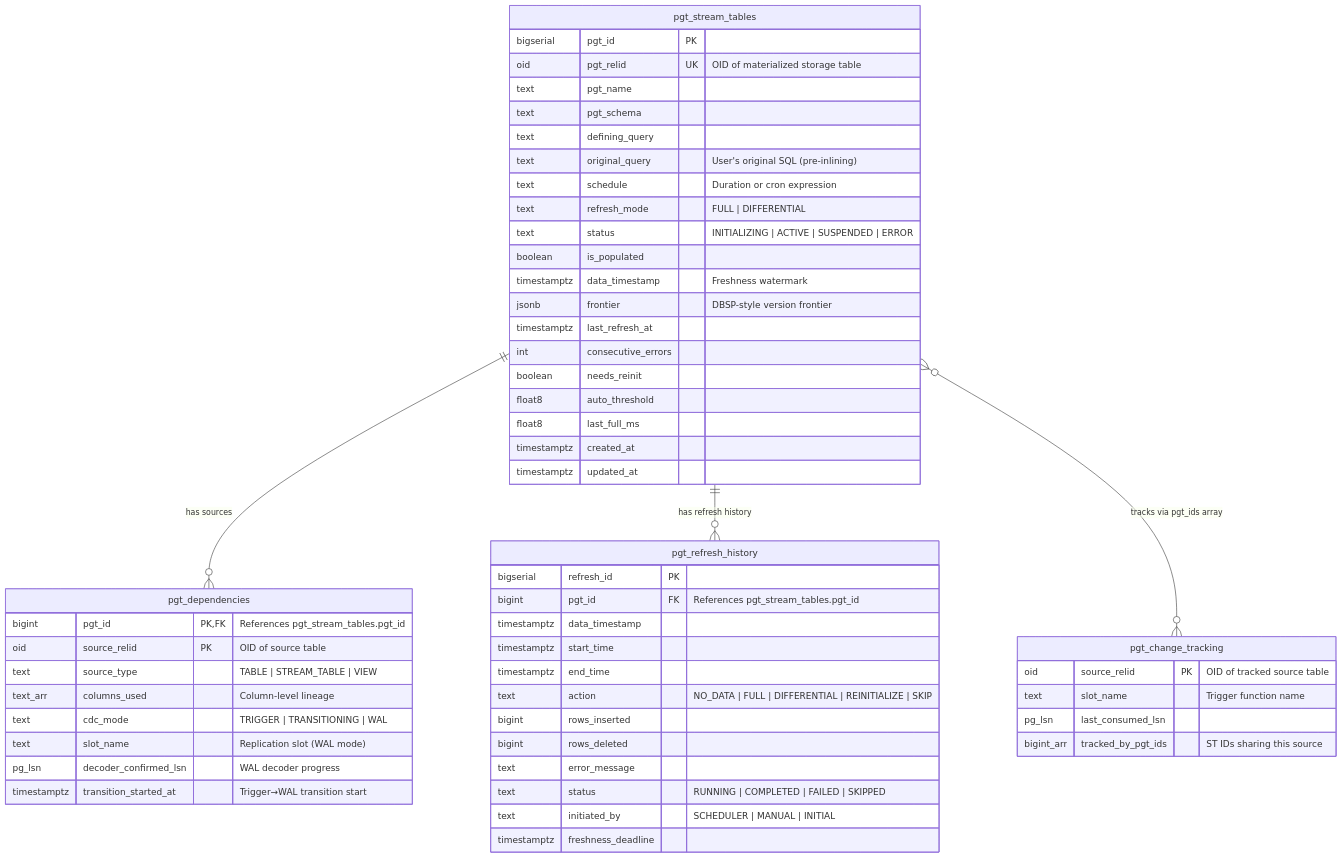
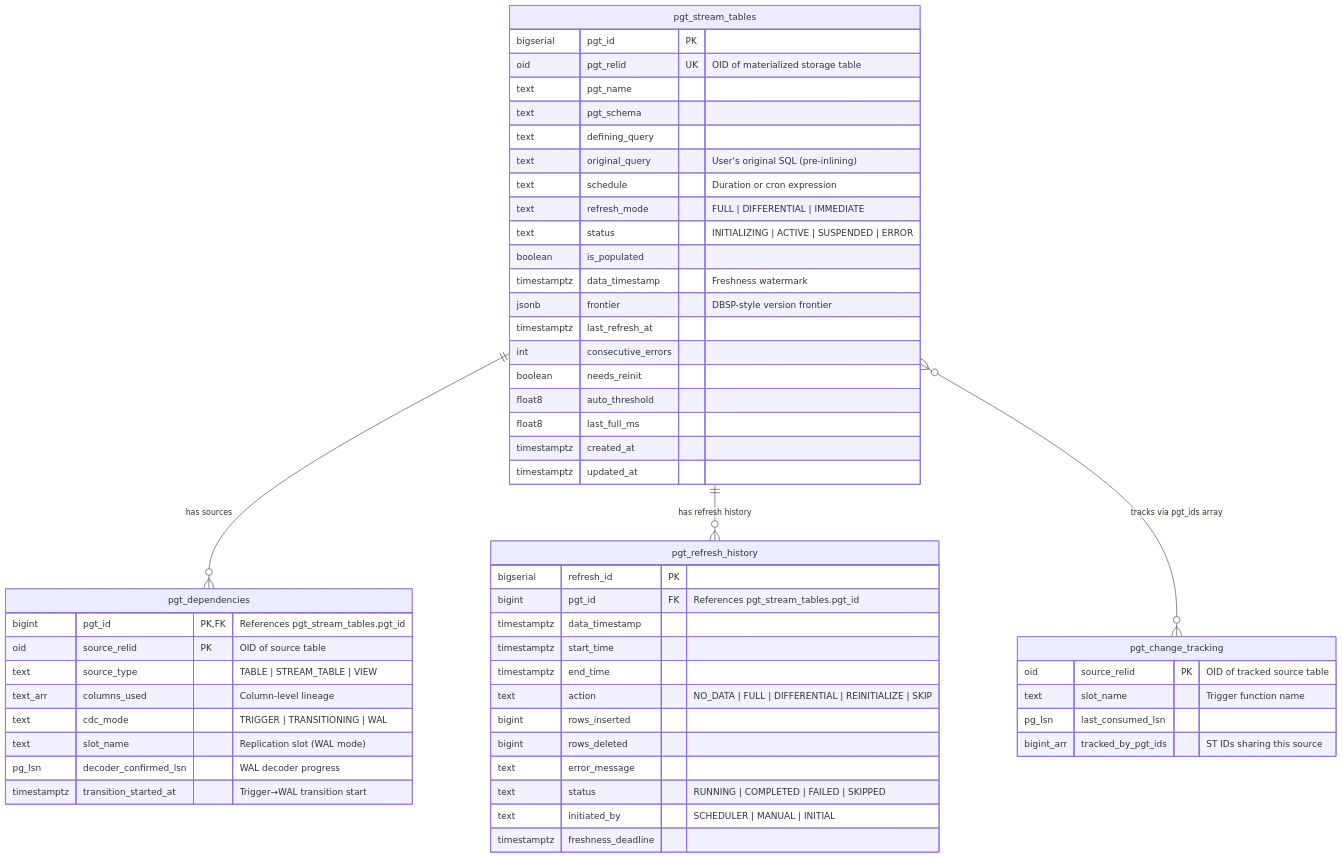
The diagram in docs/ARCHITECTURE.md (grove/pg-trickle), drawn with Mermaid before and after one commit. The commit also changed 2 other files, not shown here.

Commit message:
docs: update README, ROADMAP, and ARCHITECTURE for Transactional IVM completion
- README: add IMMEDIATE mode to Key Features, SQL support table (TopK row),
  usage examples, How It Works section (split into scheduled/transactional),
  architecture diagram, test counts (~992 unit, ~510 E2E), Known Limitations
- ROADMAP: mark v0.2.0 as complete, update timeline diagram, replace
  Phase 1 task estimates with actual completion status (TI1–TI13),
  update exit criteria (all checked), update effort summary and post-1.0 A2
- ARCHITECTURE: add IMMEDIATE to refresh_mode ERD field

````diff
--- a/docs/ARCHITECTURE.md
+++ b/docs/ARCHITECTURE.md
@@ -83,61 +83,61 @@
 ```mermaid
 erDiagram
     pgt_stream_tables {
         bigserial pgt_id PK
         oid pgt_relid UK "OID of materialized storage table"
         text pgt_name
         text pgt_schema
         text defining_query
         text original_query "User's original SQL (pre-inlining)"
         text schedule "Duration or cron expression"
-        text refresh_mode "FULL | DIFFERENTIAL"
+        text refresh_mode "FULL | DIFFERENTIAL | IMMEDIATE"
         text status "INITIALIZING | ACTIVE | SUSPENDED | ERROR"
         boolean is_populated
         timestamptz data_timestamp "Freshness watermark"
         jsonb frontier "DBSP-style version frontier"
         timestamptz last_refresh_at
         int consecutive_errors
         boolean needs_reinit
         float8 auto_threshold
         float8 last_full_ms
         timestamptz created_at
         timestamptz updated_at
     }
 
     pgt_dependencies {
         bigint pgt_id PK,FK "References pgt_stream_tables.pgt_id"
         oid source_relid PK "OID of source table"
         text source_type "TABLE | STREAM_TABLE | VIEW"
         text_arr columns_used "Column-level lineage"
         text cdc_mode "TRIGGER | TRANSITIONING | WAL"
         text slot_name "Replication slot (WAL mode)"
         pg_lsn decoder_confirmed_lsn "WAL decoder progress"
         timestamptz transition_started_at "Trigger→WAL transition start"
     }
 
     pgt_refresh_history {
         bigserial refresh_id PK
         bigint pgt_id FK "References pgt_stream_tables.pgt_id"
         timestamptz data_timestamp
         timestamptz start_time
         timestamptz end_time
         text action "NO_DATA | FULL | DIFFERENTIAL | REINITIALIZE | SKIP"
         bigint rows_inserted
         bigint rows_deleted
         text error_message
         text status "RUNNING | COMPLETED | FAILED | SKIPPED"
         text initiated_by "SCHEDULER | MANUAL | INITIAL"
         timestamptz freshness_deadline
     }
 
     pgt_change_tracking {
         oid source_relid PK "OID of tracked source table"
         text slot_name "Trigger function name"
         pg_lsn last_consumed_lsn
         bigint_arr tracked_by_pgt_ids "ST IDs sharing this source"
     }
 
     pgt_stream_tables ||--o{ pgt_dependencies : "has sources"
     pgt_stream_tables ||--o{ pgt_refresh_history : "has refresh history"
     pgt_stream_tables }o--o{ pgt_change_tracking : "tracks via pgt_ids array"
 ```
````
